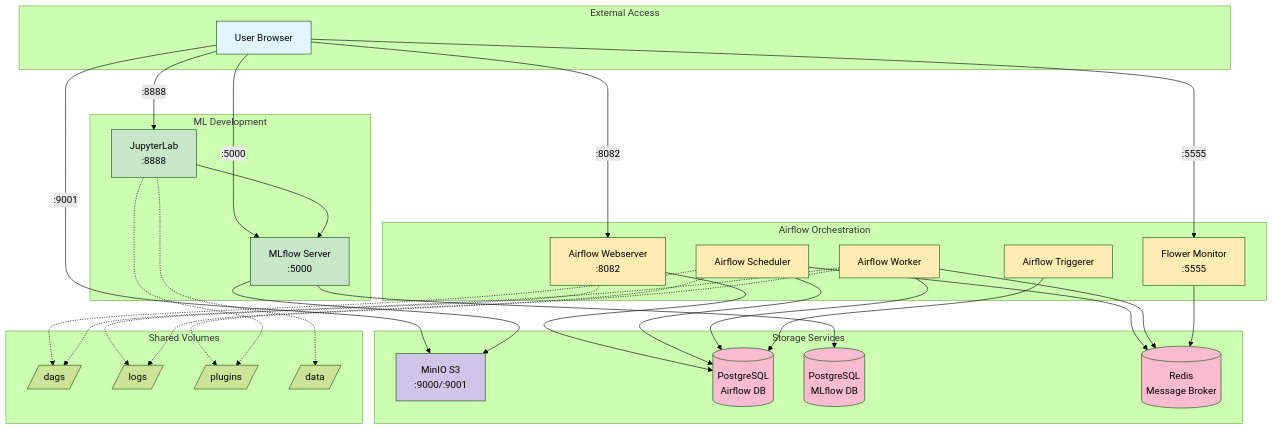
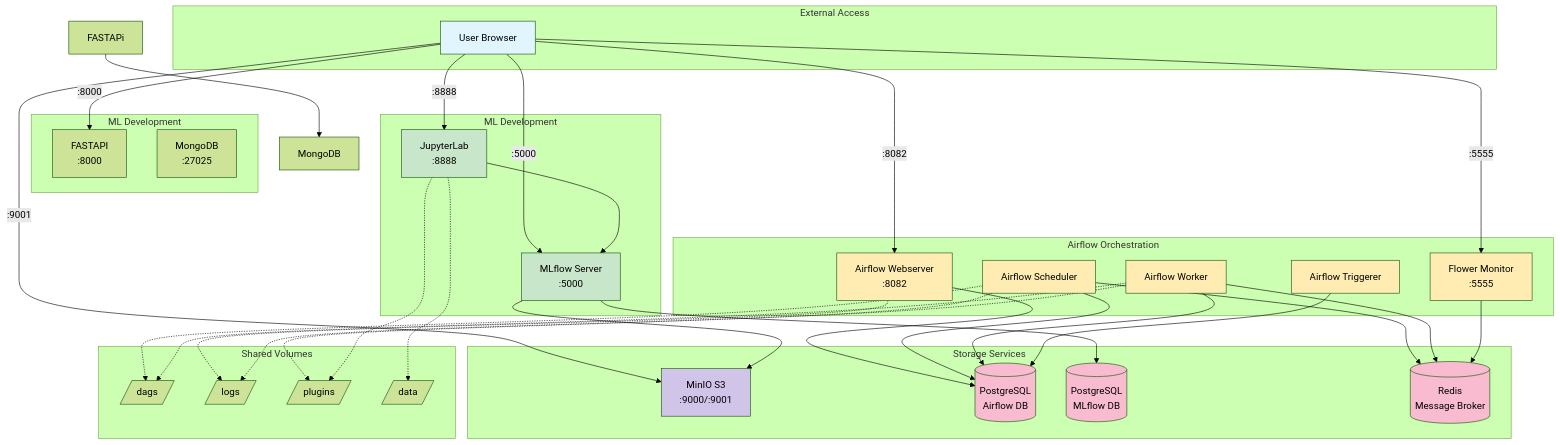
Before and after one commit to franck-roussel/MLops_Multiclass_Rakuten: the diagram in README.md, drawn with Mermaid (forest theme).

Commit message:
read me updated

````diff
--- a/README.md
+++ b/README.md
@@ -7,72 +7,79 @@
 ```mermaid
 graph TB
     subgraph "External Access"
         USER[User Browser]
     end
     
     subgraph "Airflow Orchestration"
         WEBSERVER[Airflow Webserver<br/>:8082]
         SCHEDULER[Airflow Scheduler]
         WORKER[Airflow Worker]
         TRIGGERER[Airflow Triggerer]
         FLOWER[Flower Monitor<br/>:5555]
+    end
+    
+    subgraph "ML Development"
+        FASTAPI[FASTAPI<br/>:8000]
+        MONGODB[MongoDB<br/>:27025]
     end
     
     subgraph "ML Development"
         JUPYTER[JupyterLab<br/>:8888]
         MLFLOW[MLflow Server<br/>:5000]
     end
     
     subgraph "Storage Services"
         MINIO[MinIO S3<br/>:9000/:9001]
         POSTGRES_AF[(PostgreSQL<br/>Airflow DB)]
         POSTGRES_ML[(PostgreSQL<br/>MLflow DB)]
         REDIS[(Redis<br/>Message Broker)]
     end
     
     subgraph "Shared Volumes"
         DAGS[/dags/]
         LOGS[/logs/]
         PLUGINS[/plugins/]
         DATA[/data/]
     end
     
     USER -->|:8082| WEBSERVER
     USER -->|:8888| JUPYTER
     USER -->|:5000| MLFLOW
     USER -->|:9001| MINIO
     USER -->|:5555| FLOWER
+    USER -->|:8000| FASTAPI
     
     WEBSERVER --> POSTGRES_AF
     SCHEDULER --> POSTGRES_AF
     SCHEDULER --> REDIS
     WORKER --> REDIS
     WORKER --> POSTGRES_AF
     TRIGGERER --> POSTGRES_AF
     FLOWER --> REDIS
+    FASTAPi --> MongoDB
     
     MLFLOW --> POSTGRES_ML
     MLFLOW --> MINIO
     JUPYTER --> MLFLOW
     
     SCHEDULER -.-> DAGS
     WORKER -.-> DAGS
     WORKER -.-> PLUGINS
     WEBSERVER -.-> LOGS
     SCHEDULER -.-> LOGS
     JUPYTER -.-> DATA
     JUPYTER -.-> PLUGINS
     
     style USER fill:#e1f5ff
     style WEBSERVER fill:#ffecb3
     style SCHEDULER fill:#ffecb3
     style WORKER fill:#ffecb3
     style TRIGGERER fill:#ffecb3
     style FLOWER fill:#ffecb3
     style JUPYTER fill:#c8e6c9
     style MLFLOW fill:#c8e6c9
     style POSTGRES_AF fill:#f8bbd0
     style POSTGRES_ML fill:#f8bbd0
     style REDIS fill:#f8bbd0
     style MINIO fill:#d1c4e9
 ```
````
